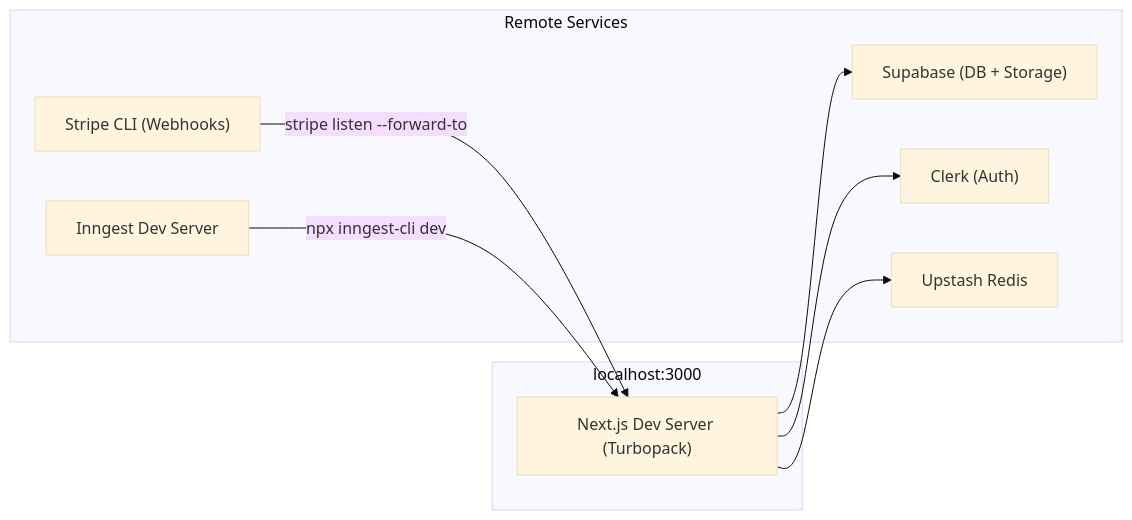
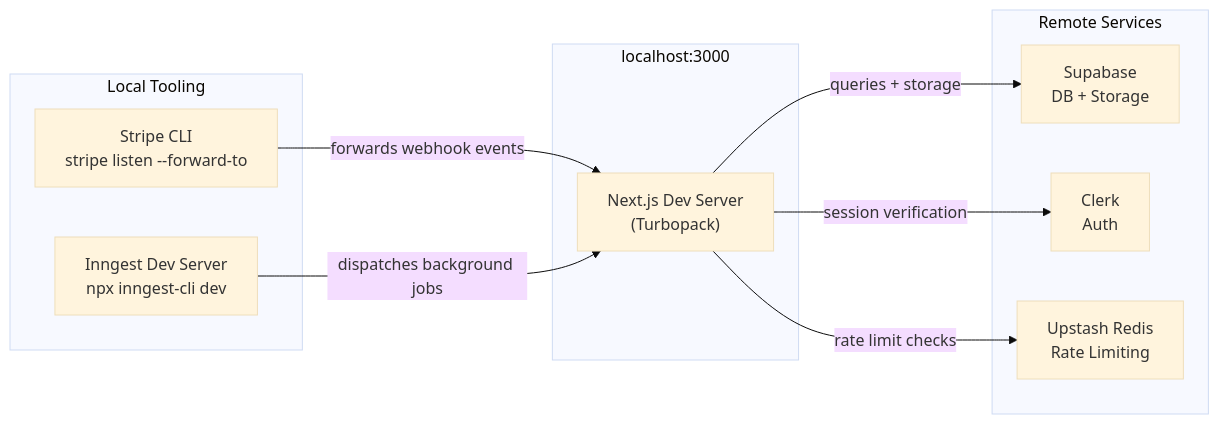
Before and after one commit to Andy00L/sharetopus: the diagram in docs/DEVELOPMENT.md, drawn with Mermaid (base theme). The commit also changed other lines of this file and 23 other files, not shown here.

````diff
--- a/docs/DEVELOPMENT.md
+++ b/docs/DEVELOPMENT.md
@@ -9,20 +35,23 @@
 ```mermaid
 graph LR
     subgraph Local["localhost:3000"]
-        App["Next.js Dev Server (Turbopack)"]
+        App["Next.js Dev Server<br/>(Turbopack)"]
     end
 
     subgraph Remote["Remote Services"]
-        Supabase["Supabase (DB + Storage)"]
-        Clerk["Clerk (Auth)"]
-        Stripe["Stripe CLI (Webhooks)"]
-        Inngest["Inngest Dev Server"]
-        Upstash["Upstash Redis"]
+        Supabase["Supabase<br/>DB + Storage"]
+        Clerk["Clerk<br/>Auth"]
+        Upstash["Upstash Redis<br/>Rate Limiting"]
     end
 
-    App --> Supabase
-    App --> Clerk
-    Stripe -->|"stripe listen --forward-to"| App
-    Inngest -->|"npx inngest-cli dev"| App
-    App --> Upstash
+    subgraph LocalTools["Local Tooling"]
+        StripeCLI["Stripe CLI<br/>stripe listen --forward-to"]
+        InngestDev["Inngest Dev Server<br/>npx inngest-cli dev"]
+    end
+
+    App -->|"queries + storage"| Supabase
+    App -->|"session verification"| Clerk
+    App -->|"rate limit checks"| Upstash
+    StripeCLI -->|"forwards webhook events"| App
+    InngestDev -->|"dispatches background jobs"| App
 ```
````
